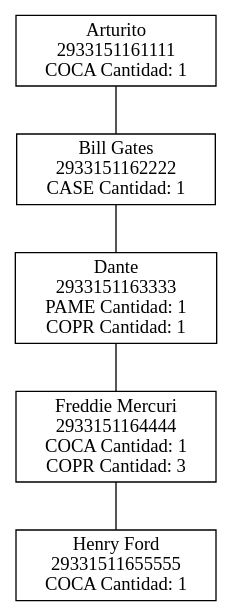
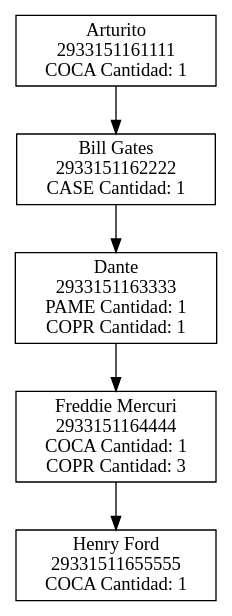
One commit to WendiVicente6/-IPC2_Proyecto2_202106484 changed the diagram in Cola.dot. Above: the diagram before and after it, drawn with Graphviz. The commit also changed 6 other files, not shown here.

```diff
--- a/Cola.dot
+++ b/Cola.dot
@@ -1,28 +1,28 @@
-graph G { 
+digraph G { 
 Node0[dir=both shape=box label=" Arturito 
 2933151161111
  COCA Cantidad: 1
 "];
 Node1[dir=both shape=box label=" Bill Gates 
 2933151162222
  CASE Cantidad: 1
 "];
-Node0 -- Node1;
+Node0 -> Node1;
 Node2[dir=both shape=box label=" Dante 
 2933151163333
  PAME Cantidad: 1
  COPR Cantidad: 1
 "];
-Node1 -- Node2;
+Node1 -> Node2;
 Node3[dir=both shape=box label=" Freddie Mercuri 
 2933151164444
  COCA Cantidad: 1
  COPR Cantidad: 3
 "];
-Node2 -- Node3;
+Node2 -> Node3;
 Node4[dir=both shape=box label=" Henry Ford 
 29331511655555
  COCA Cantidad: 1
 "];
-Node3 -- Node4;
+Node3 -> Node4;
 }
```
